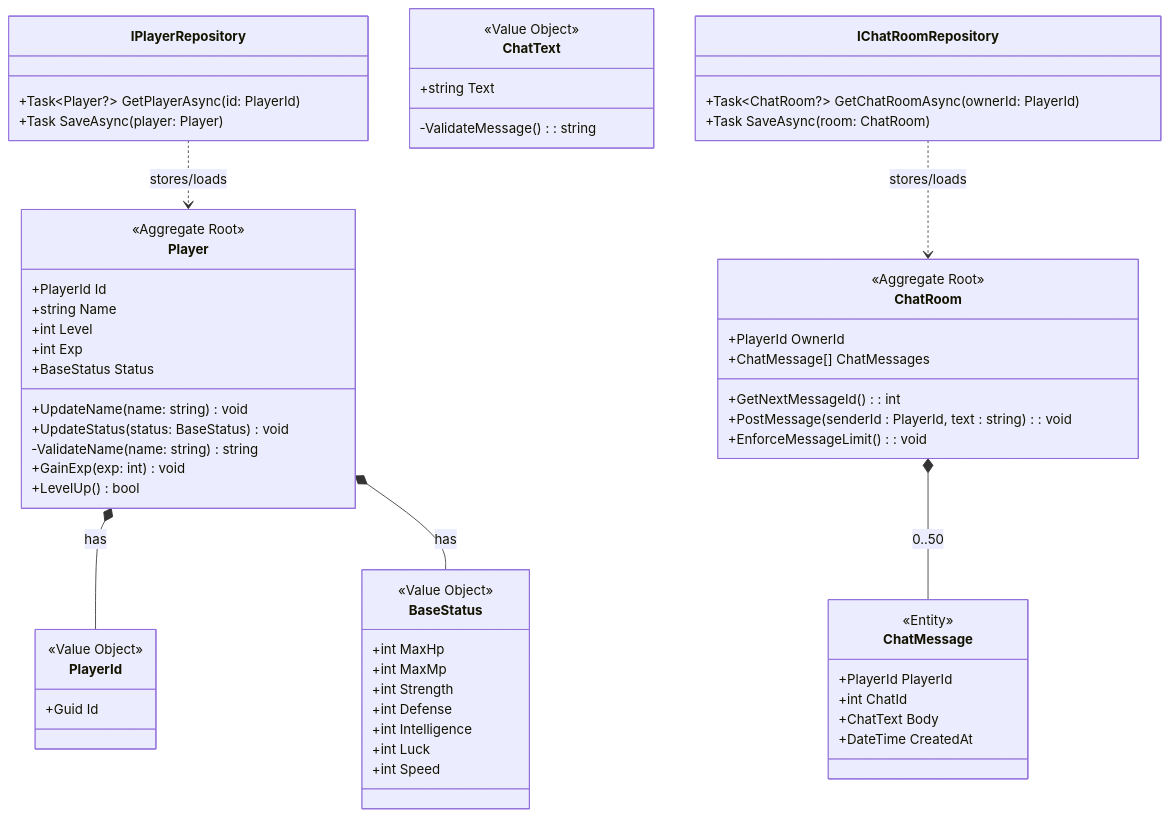
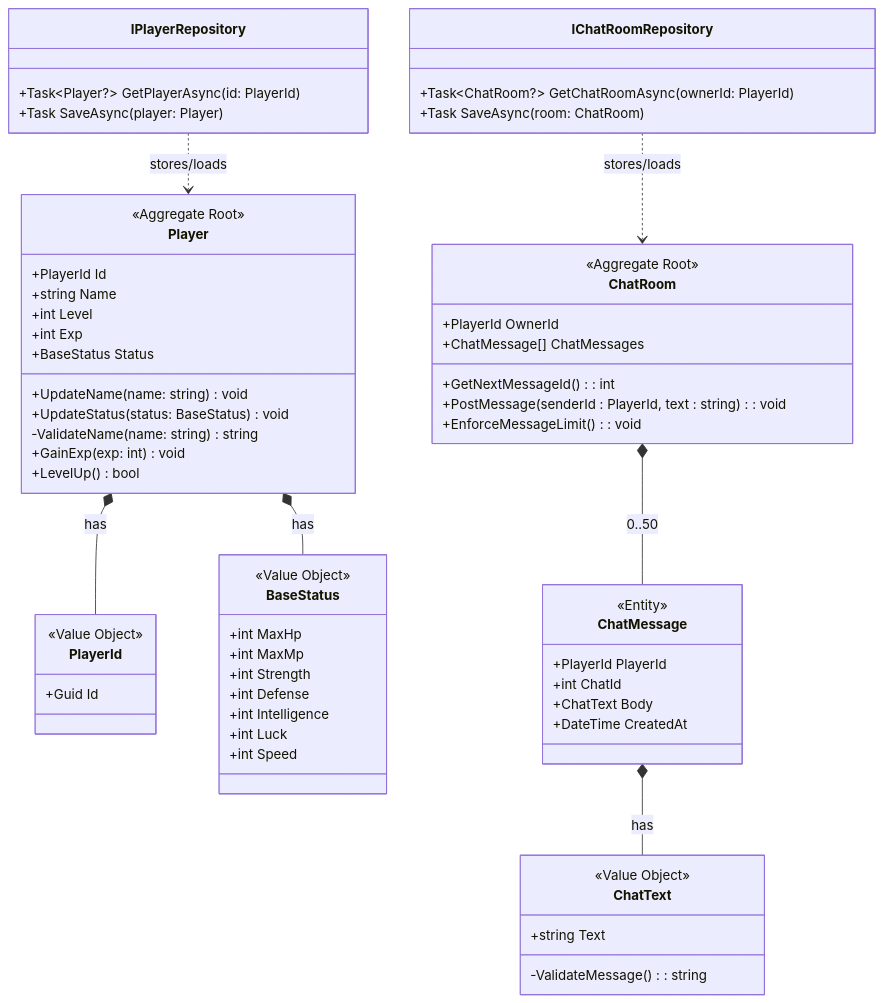
The diagram in docs/01_ドメインモデル.mmd (ayumu203/nisekue), drawn with Mermaid before and after one commit. The commit also changed 1 other file, not shown here.

```diff
--- a/docs/01_ドメインモデル.mmd
+++ b/docs/01_ドメインモデル.mmd
@@ -1,71 +1,72 @@
 classDiagram
     %% Player の基本情報
     class Player {
         <<Aggregate Root>>
         +PlayerId Id
         +string Name
         +int Level
         +int Exp
         +BaseStatus Status
         +UpdateName(name: string) void
         +UpdateStatus(status: BaseStatus) void
         -ValidateName(name: string) string 
         +GainExp(exp: int) void
         +LevelUp() bool
     }
 
     class PlayerId {
         <<Value Object>>
         +Guid Id
     }
 
     %% Player の基本ステータス
     class BaseStatus {
         <<Value Object>>
         +int MaxHp
         +int MaxMp
         +int Strength
         +int Defense
         +int Intelligence
         +int Luck
         +int Speed
     }
 
     class IPlayerRepository {
         +Task~Player?~ GetPlayerAsync(id: PlayerId)
         +Task SaveAsync(player: Player)
     }
     Player *-- PlayerId : has
     Player *-- BaseStatus : has
     IPlayerRepository ..> Player : stores/loads
 
     %% ルームチャット機能
     class ChatRoom {
         <<Aggregate Root>>
         +PlayerId OwnerId
         +ChatMessage[] ChatMessages
         +GetNextMessageId() : int
         +PostMessage(senderId : PlayerId, text : string) : void
         +EnforceMessageLimit() : void
     }
     %% メッセージ管理の単位
     class ChatMessage {
         <<Entity>>
         +PlayerId PlayerId
         +int ChatId
         +ChatText Body
         +DateTime CreatedAt
     }
     %% メッセージの文字列の値オブジェクト
     class ChatText {
         <<Value Object>>
         +string Text
         -ValidateMessage() : string
     }
 
     class IChatRoomRepository {
         +Task~ChatRoom?~ GetChatRoomAsync(ownerId: PlayerId)
         +Task SaveAsync(room: ChatRoom)
     }
     ChatRoom *-- ChatMessage : 0..50
+    ChatMessage *-- ChatText : has
     IChatRoomRepository ..> ChatRoom : stores/loads
```
